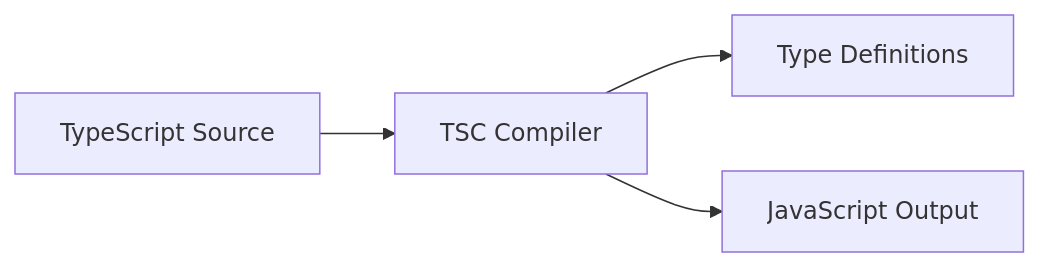
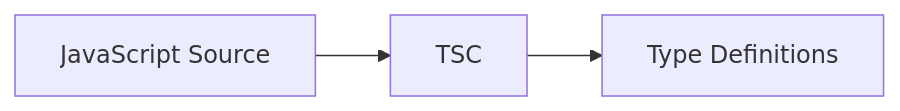
The first of 2 diagrams in memory-bank/techContext.md (GenWaveLLC/docs4ai-sdk), drawn with Mermaid before and after one commit. The commit also changed other lines of this file and 15 other files, not shown here.

````diff
--- a/memory-bank/techContext.md
+++ b/memory-bank/techContext.md
@@ -114,6 +138,5 @@
 ```mermaid
 flowchart LR
-    TS[TypeScript Source] --> TSC[TSC Compiler]
-    TSC --> Defs[Type Definitions]
-    TSC --> JS[JavaScript Output]
+    JS[JavaScript Source] --> TSC[TSC]
+    TSC --> DTS[Type Definitions]
 ```
````
